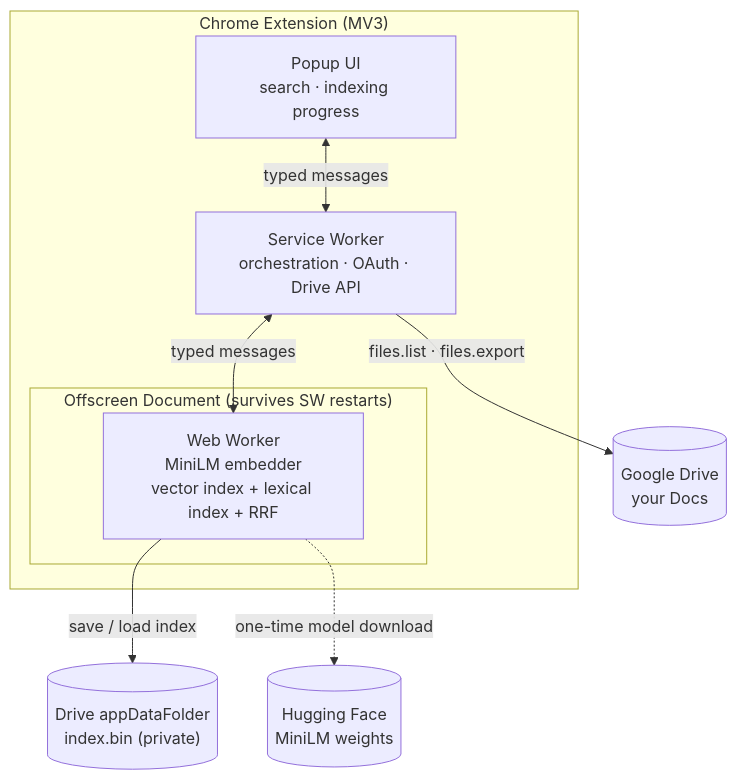
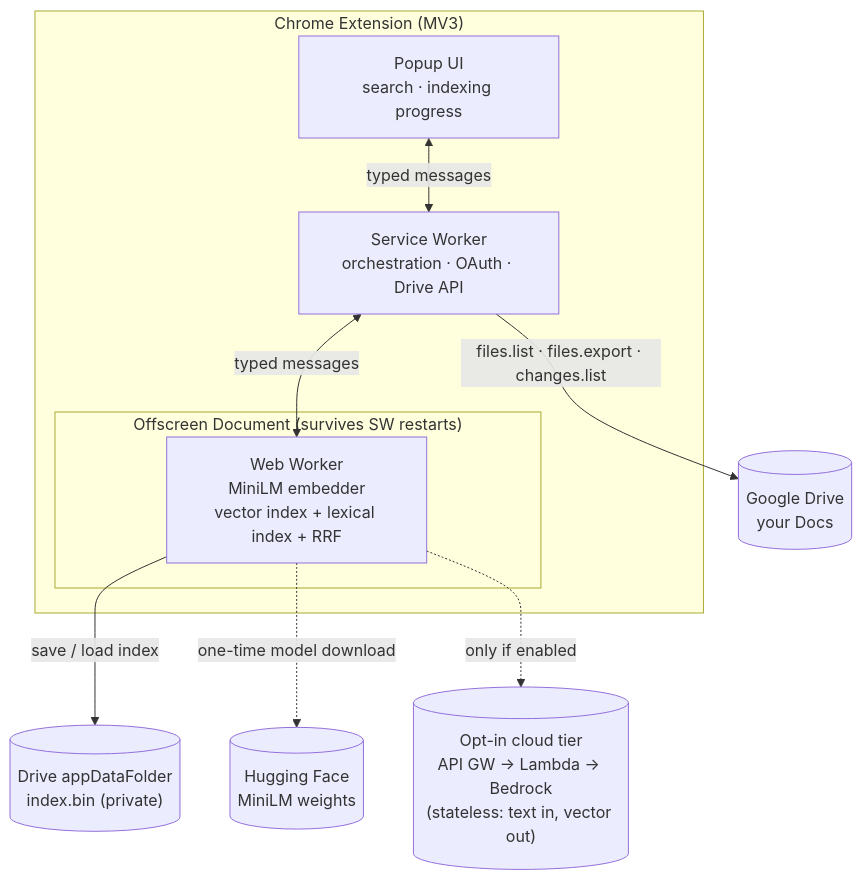
The diagram in README.md (ishabh-24/semantic-search), drawn with Mermaid before and after one commit. The commit also changed other lines of this file, not shown here.

Commit message:
docs: README covers the V2 cloud tier, incremental sync, omnibox, CI

````diff
--- a/README.md
+++ b/README.md
@@ -28,19 +31,22 @@
 ```mermaid
 flowchart TB
   subgraph EXT["Chrome Extension (MV3)"]
     Popup["Popup UI<br/>search · indexing progress"]
     SW["Service Worker<br/>orchestration · OAuth · Drive API"]
     subgraph OFF["Offscreen Document (survives SW restarts)"]
       Worker["Web Worker<br/>MiniLM embedder<br/>vector index + lexical index + RRF"]
     end
   end
   Drive[("Google Drive<br/>your Docs")]
   AppData[("Drive appDataFolder<br/>index.bin (private)")]
   HF[("Hugging Face<br/>MiniLM weights")]
 
+  Cloud[("Opt-in cloud tier<br/>API GW → Lambda → Bedrock<br/>(stateless: text in, vector out)")]
+
   Popup <-->|typed messages| SW
   SW <-->|typed messages| Worker
-  SW -->|files.list · files.export| Drive
+  SW -->|files.list · files.export · changes.list| Drive
   Worker -->|save / load index| AppData
   Worker -.->|one-time model download| HF
+  Worker -.->|only if enabled| Cloud
 ```
````
